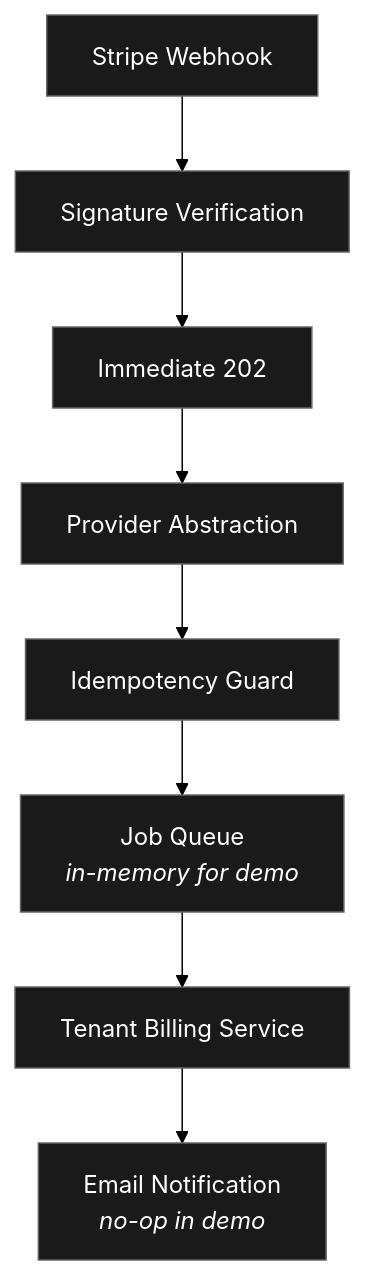
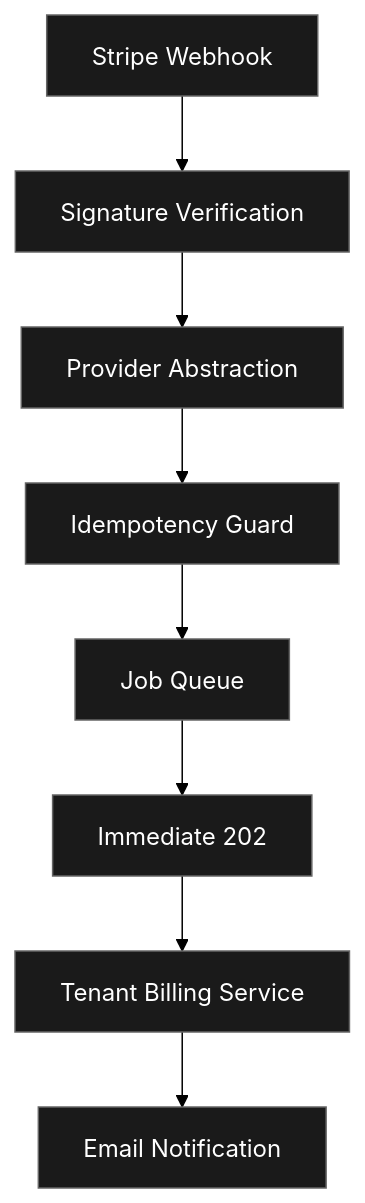
Before and after one commit to arxja/blu: the diagram in docs/guides/billing-overview.md, drawn with Mermaid (forest theme). The commit also changed other lines of this file, not shown here.

Commit message:
fix: mismatch context in billing overview

````diff
--- a/docs/guides/billing-overview.md
+++ b/docs/guides/billing-overview.md
@@ -9,19 +8,19 @@
 ```mermaid
 graph TD
     A[Stripe Webhook] --> B[Signature Verification]
-    B --> C[Immediate 202]
-    C --> D[Provider Abstraction]
-    D --> E[Idempotency Guard]
-    E --> F[Job Queue<br><i>in-memory for demo</i>]
-    F --> G[Tenant Billing Service]
-    G --> H[Email Notification<br><i>no-op in demo</i>]
+B --> C[Provider Abstraction]
+C --> D[Idempotency Guard]
+D --> E[Job Queue]
+E --> F[Immediate 202]
+F --> G[Tenant Billing Service]
+G --> H[Email Notification]
 
     style A fill:#1a1a1a,stroke:#666,color:#fff
     style B fill:#1a1a1a,stroke:#666,color:#fff
     style C fill:#1a1a1a,stroke:#666,color:#fff
     style D fill:#1a1a1a,stroke:#666,color:#fff
     style E fill:#1a1a1a,stroke:#666,color:#fff
     style F fill:#1a1a1a,stroke:#666,color:#fff
     style G fill:#1a1a1a,stroke:#666,color:#fff
     style H fill:#1a1a1a,stroke:#666,color:#fff
 ```
````
